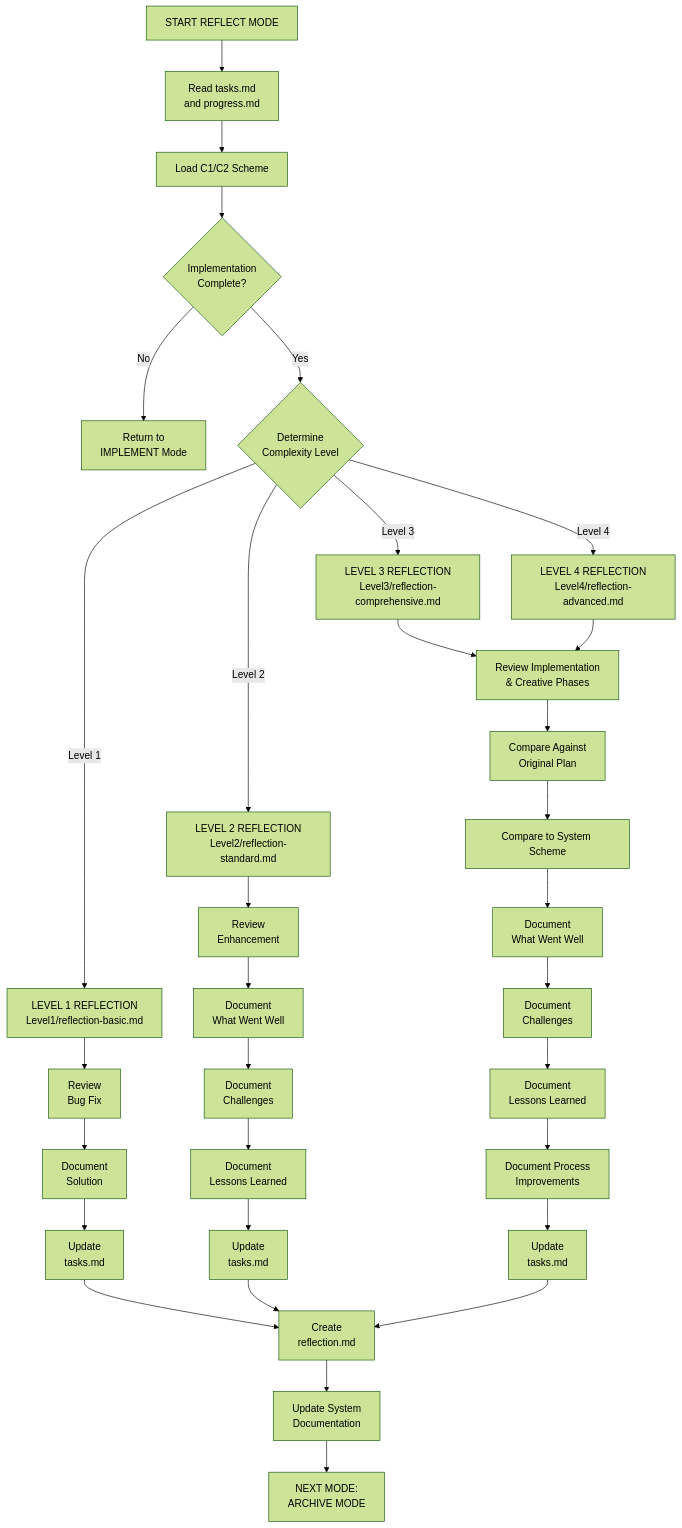
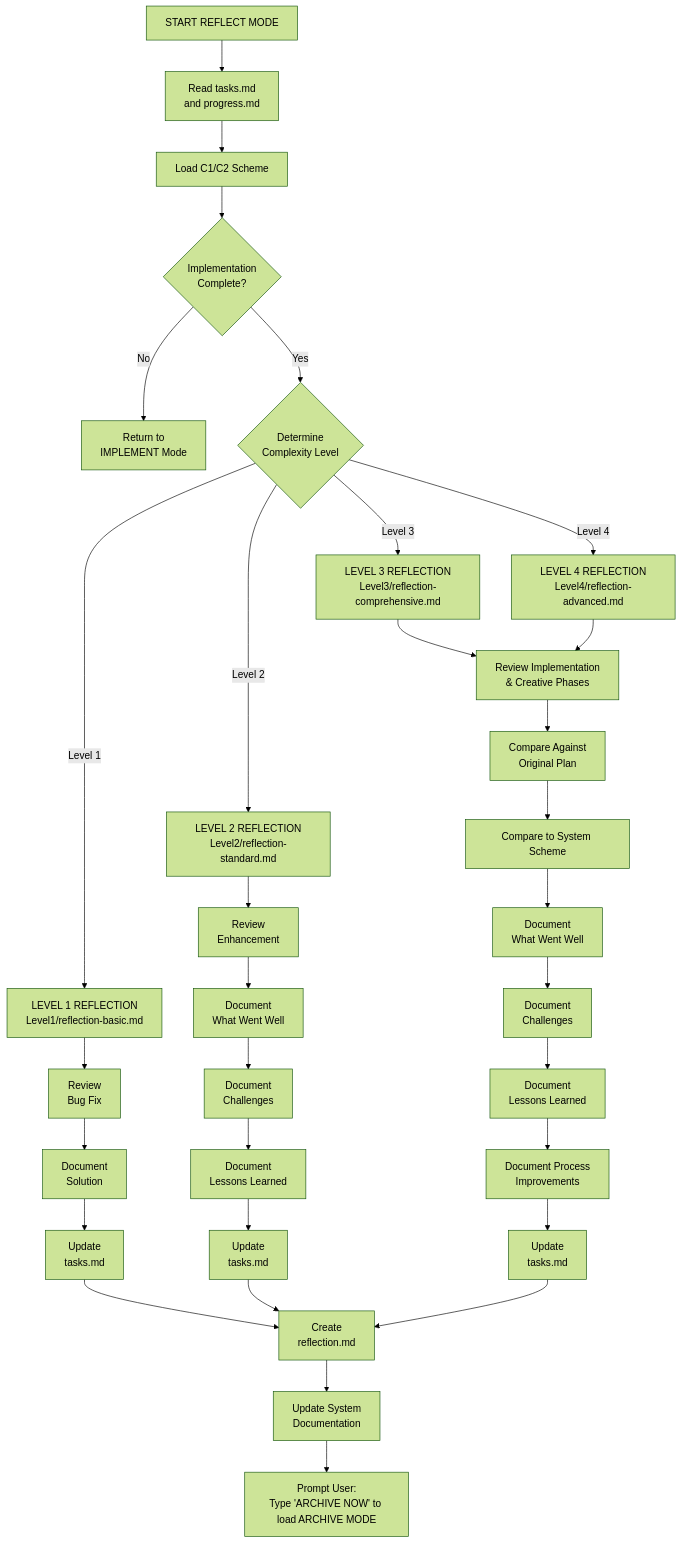
One commit to DennisGrammes/arc42-memory-bank changed the first of 5 diagrams in .github/instructions/rules/isolation_rules/visual-maps/reflect-mode-map.md. Above: the diagram before and after it, drawn with Mermaid (forest theme). The commit also changed other lines of this file and 5 other files, not shown here.

Commit message:
docs: note ARCHIVE NOW step

````diff
--- a/.github/instructions/rules/isolation_rules/visual-maps/reflect-mode-map.md
+++ b/.github/instructions/rules/isolation_rules/visual-maps/reflect-mode-map.md
@@ -13,43 +13,43 @@
 ```mermaid
 graph TD
     Start["START REFLECT MODE"] --> ReadTasks["Read tasks.md<br>and progress.md"]
     ReadTasks --> LoadScheme["Load C1/C2 Scheme"]
 
     %% Initial Assessment
     LoadScheme --> VerifyImplement{"Implementation<br>Complete?"}
     VerifyImplement -->|"No"| ReturnImplement["Return to<br>IMPLEMENT Mode"]
     VerifyImplement -->|"Yes"| AssessLevel{"Determine<br>Complexity Level"}
     
     %% Level-Based Reflection
     AssessLevel -->|"Level 1"| L1Reflect["LEVEL 1 REFLECTION<br>Level1/reflection-basic.md"]
     AssessLevel -->|"Level 2"| L2Reflect["LEVEL 2 REFLECTION<br>Level2/reflection-standard.md"]
     AssessLevel -->|"Level 3"| L3Reflect["LEVEL 3 REFLECTION<br>Level3/reflection-comprehensive.md"]
     AssessLevel -->|"Level 4"| L4Reflect["LEVEL 4 REFLECTION<br>Level4/reflection-advanced.md"]
     
     %% Level 1 Reflection (Quick)
     L1Reflect --> L1Review["Review<br>Bug Fix"]
     L1Review --> L1Document["Document<br>Solution"]
     L1Document --> L1Update["Update<br>tasks.md"]
     
     %% Level 2 Reflection (Standard)
     L2Reflect --> L2Review["Review<br>Enhancement"]
     L2Review --> L2WWW["Document<br>What Went Well"]
     L2WWW --> L2Challenges["Document<br>Challenges"]
     L2Challenges --> L2Lessons["Document<br>Lessons Learned"]
     L2Lessons --> L2Update["Update<br>tasks.md"]
     
     %% Level 3-4 Reflection (Comprehensive)
     L3Reflect & L4Reflect --> L34Review["Review Implementation<br>& Creative Phases"]
     L34Review --> L34Plan["Compare Against<br>Original Plan"]
     L34Plan --> L34CompareScheme["Compare to System Scheme"]
     L34CompareScheme --> L34WWW["Document<br>What Went Well"]
     L34WWW --> L34Challenges["Document<br>Challenges"]
     L34Challenges --> L34Lessons["Document<br>Lessons Learned"]
     L34Lessons --> L34ImproveProcess["Document Process<br>Improvements"]
     L34ImproveProcess --> L34Update["Update<br>tasks.md"]
     
     %% Completion & Transition
     L1Update & L2Update & L34Update --> CreateReflection["Create<br>reflection.md"]
     CreateReflection --> UpdateSystem["Update System<br>Documentation"]
-    UpdateSystem --> Transition["NEXT MODE:<br>ARCHIVE MODE"]
+    UpdateSystem --> Transition["Prompt User:<br>Type 'ARCHIVE NOW' to load ARCHIVE MODE"]
 ```
````
